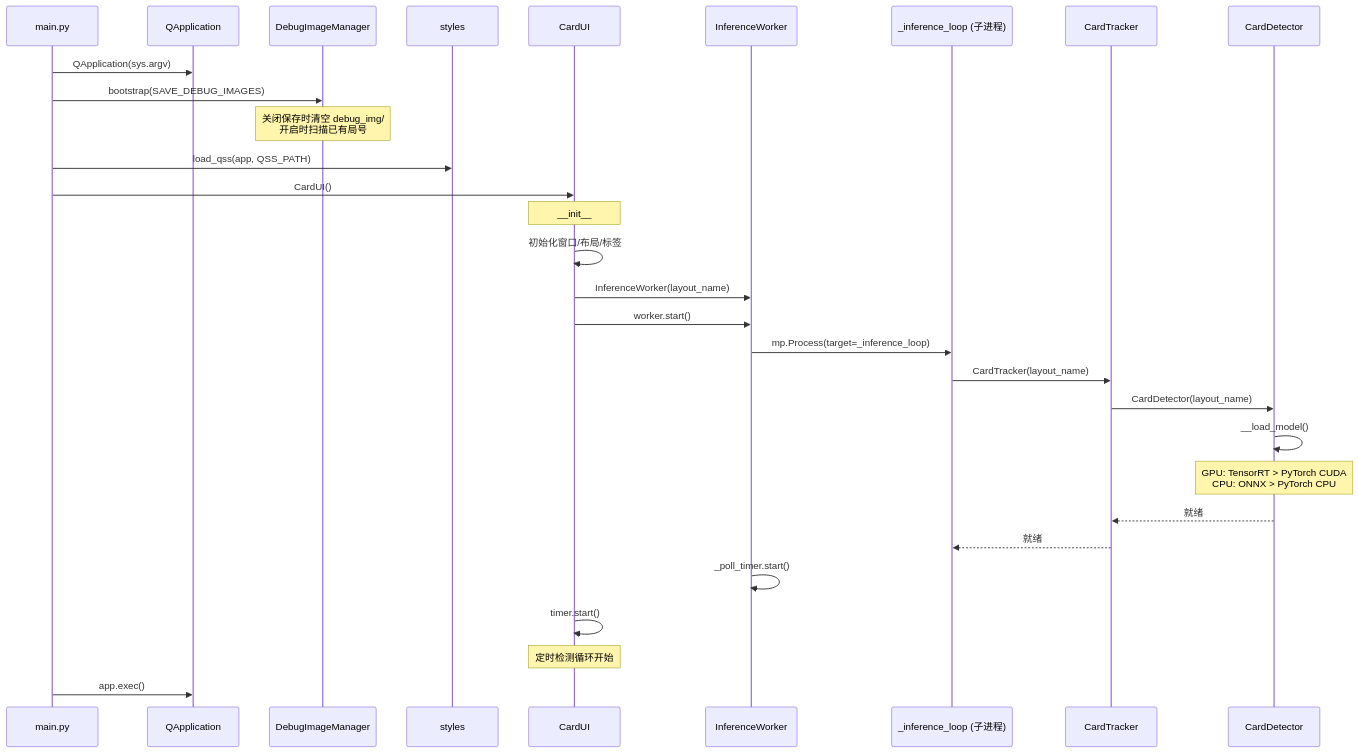
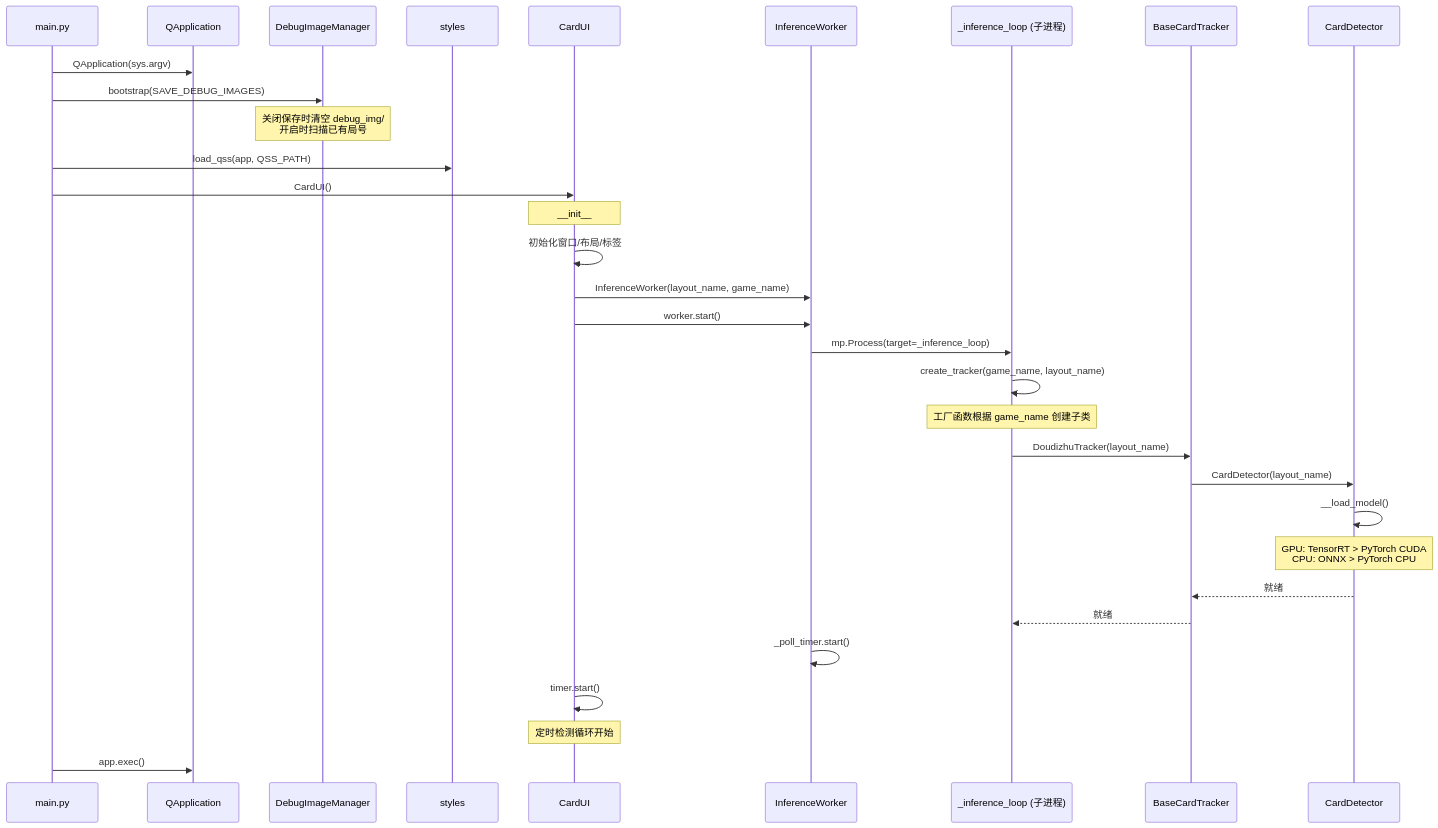
Before and after one commit to luckFan0519/han-card-tracker: the second of 5 diagrams in docs/sequence-diagram.md, drawn with Mermaid. The commit also changed other lines of this file and 14 other files, not shown here.

````diff
--- a/docs/sequence-diagram.md
+++ b/docs/sequence-diagram.md
@@ -65,36 +65,38 @@
 ```mermaid
 sequenceDiagram
     participant Main as main.py
     participant App as QApplication
     participant DebugMgr as DebugImageManager
     participant Styles as styles
     participant UI as CardUI
     participant Worker as InferenceWorker
     participant SubProc as _inference_loop (子进程)
-    participant Tracker as CardTracker
+    participant Tracker as BaseCardTracker
     participant Detector as CardDetector
 
     Main->>App: QApplication(sys.argv)
     Main->>DebugMgr: bootstrap(SAVE_DEBUG_IMAGES)
     Note over DebugMgr: 关闭保存时清空 debug_img/<br/>开启时扫描已有局号
     Main->>Styles: load_qss(app, QSS_PATH)
     Main->>UI: CardUI()
 
     Note over UI: __init__
     UI->>UI: 初始化窗口/布局/标签
-    UI->>Worker: InferenceWorker(layout_name)
+    UI->>Worker: InferenceWorker(layout_name, game_name)
     UI->>Worker: worker.start()
 
     Worker->>SubProc: mp.Process(target=_inference_loop)
-    SubProc->>Tracker: CardTracker(layout_name)
+    SubProc->>SubProc: create_tracker(game_name, layout_name)
+    Note over SubProc: 工厂函数根据 game_name 创建子类
+    SubProc->>Tracker: DoudizhuTracker(layout_name)
     Tracker->>Detector: CardDetector(layout_name)
     Detector->>Detector: __load_model()
     Note over Detector: GPU: TensorRT > PyTorch CUDA<br/>CPU: ONNX > PyTorch CPU
     Detector-->>Tracker: 就绪
     Tracker-->>SubProc: 就绪
 
     Worker->>Worker: _poll_timer.start()
     UI->>UI: timer.start()
     Note over UI: 定时检测循环开始
     Main->>App: app.exec()
 ```
````
